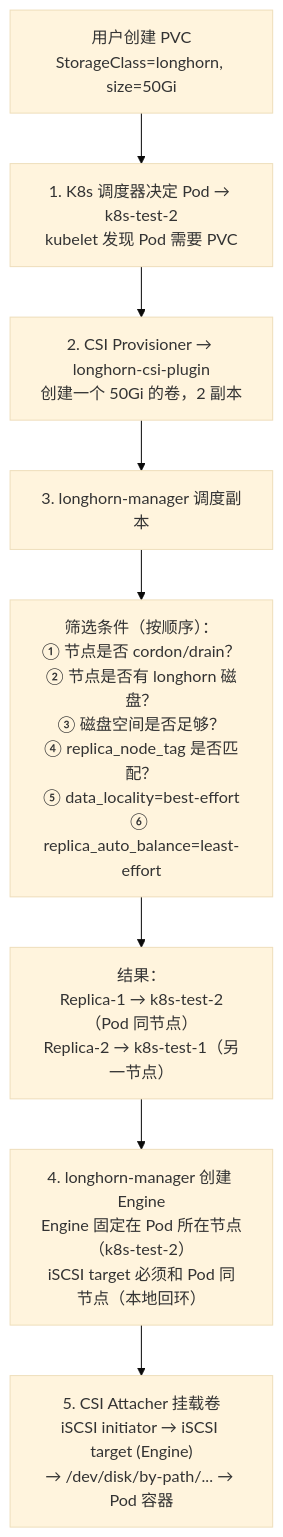
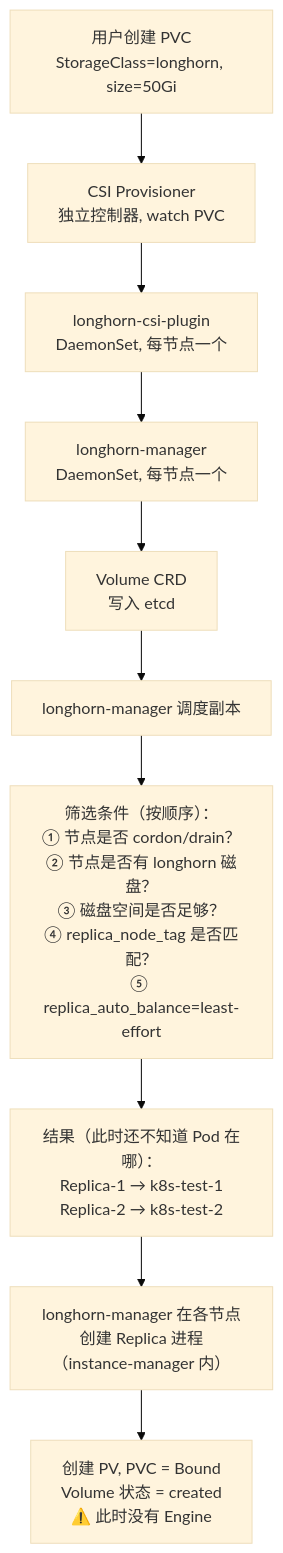
The first of 11 diagrams in docs/LONGHORN.md (yachongli/k3s-cluster), drawn with Mermaid (base theme) before and after one commit. The commit also changed other lines of this file, not shown here.

First line of the commit message:
docs: add two-phase PVC lifecycle and K8s dependency to Longhorn guide

````diff
--- a/docs/LONGHORN.md
+++ b/docs/LONGHORN.md
@@ -72,14 +109,15 @@
 ```mermaid
 flowchart TD
     PVC["用户创建 PVC<br/>StorageClass=longhorn, size=50Gi"]
-    S1["1. K8s 调度器决定 Pod → k8s-test-2<br/>kubelet 发现 Pod 需要 PVC"]
-    S2["2. CSI Provisioner → longhorn-csi-plugin<br/>创建一个 50Gi 的卷，2 副本"]
-    S3["3. longhorn-manager 调度副本"]
-    S3F["筛选条件（按顺序）：<br/>① 节点是否 cordon/drain？<br/>② 节点是否有 longhorn 磁盘？<br/>③ 磁盘空间是否足够？<br/>④ replica_node_tag 是否匹配？<br/>⑤ data_locality=best-effort<br/>⑥ replica_auto_balance=least-effort"]
-    S3R["结果：<br/>Replica-1 → k8s-test-2（Pod 同节点）<br/>Replica-2 → k8s-test-1（另一节点）"]
-    S4["4. longhorn-manager 创建 Engine<br/>Engine 固定在 Pod 所在节点（k8s-test-2）<br/>iSCSI target 必须和 Pod 同节点（本地回环）"]
-    S5["5. CSI Attacher 挂载卷<br/>iSCSI initiator → iSCSI target (Engine)<br/>→ /dev/disk/by-path/... → Pod 容器"]
+    CSI["CSI Provisioner<br/>独立控制器, watch PVC"]
+    PLUGIN["longhorn-csi-plugin<br/>DaemonSet, 每节点一个"]
+    MGR["longhorn-manager<br/>DaemonSet, 每节点一个"]
+    CRD["Volume CRD<br/>写入 etcd"]
+    SCHED["longhorn-manager 调度副本"]
+    FILTER["筛选条件（按顺序）：<br/>① 节点是否 cordon/drain？<br/>② 节点是否有 longhorn 磁盘？<br/>③ 磁盘空间是否足够？<br/>④ replica_node_tag 是否匹配？<br/>⑤ replica_auto_balance=least-effort"]
+    RESULT["结果（此时还不知道 Pod 在哪）：<br/>Replica-1 → k8s-test-1<br/>Replica-2 → k8s-test-2"]
+    REP["longhorn-manager 在各节点<br/>创建 Replica 进程（instance-manager 内）"]
+    PV["创建 PV, PVC = Bound<br/>Volume 状态 = created<br/>⚠️ 此时没有 Engine"]
 
-    PVC --> S1 --> S2 --> S3
-    S3 --> S3F --> S3R --> S4 --> S5
+    PVC --> CSI --> PLUGIN --> MGR --> CRD --> SCHED --> FILTER --> RESULT --> REP --> PV
 ```
````
